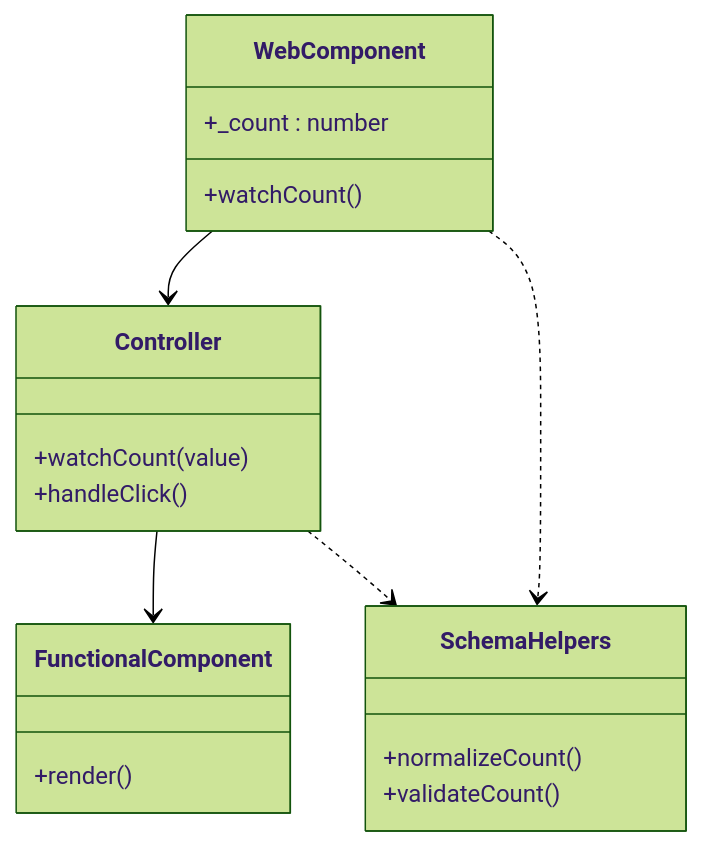
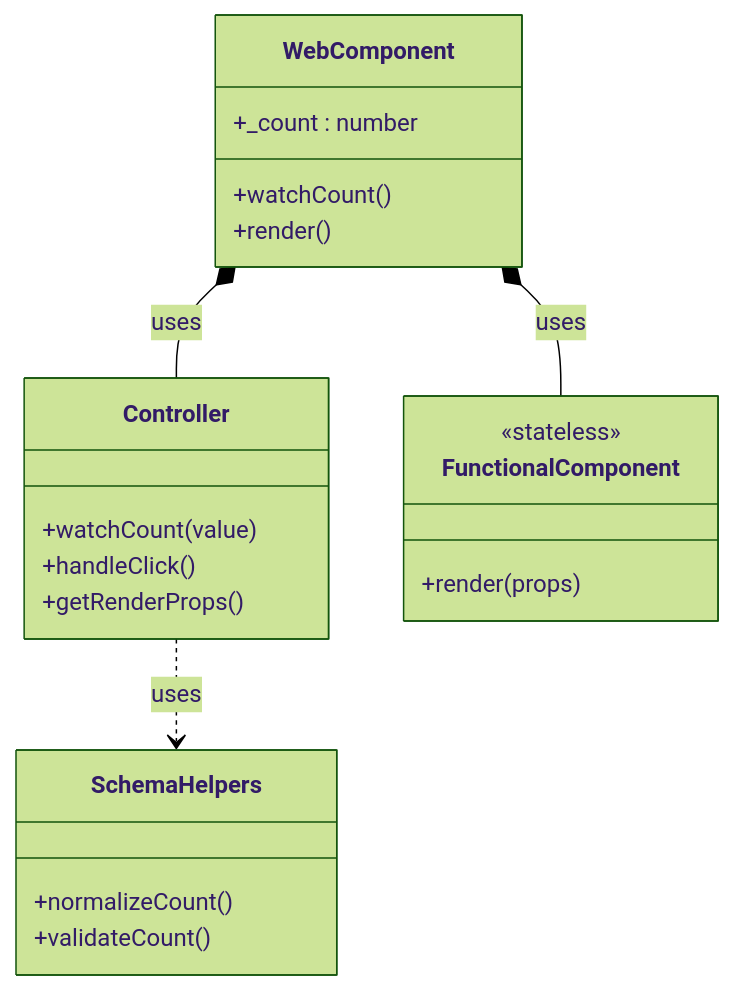
One commit to public-ui/kolibri changed the second of 3 diagrams in packages/components/src/components/_skeleton/ARC42.md. Above: the diagram before and after it, drawn with Mermaid (forest theme). The commit also changed other lines of this file, not shown here.

Commit message:
docs: update ARC42.md to clarify RenderProps and introduce Template Method Pattern

````diff
--- a/packages/components/src/components/_skeleton/ARC42.md
+++ b/packages/components/src/components/_skeleton/ARC42.md
@@ -78,22 +78,24 @@
 ```mermaid
 classDiagram
     class WebComponent {
         +_count : number
         +watchCount()
+        +render()
     }
     class Controller {
         +watchCount(value)
         +handleClick()
+        +getRenderProps()
     }
     class FunctionalComponent {
-        +render()
+        <<stateless>>
+        +render(props)
     }
     class SchemaHelpers {
         +normalizeCount()
         +validateCount()
     }
-    WebComponent --> Controller
-    Controller --> FunctionalComponent
-    WebComponent ..> SchemaHelpers
-    Controller ..> SchemaHelpers
+    WebComponent *-- Controller : uses
+    WebComponent *-- FunctionalComponent : uses
+    Controller ..> SchemaHelpers : uses
 ```
````
